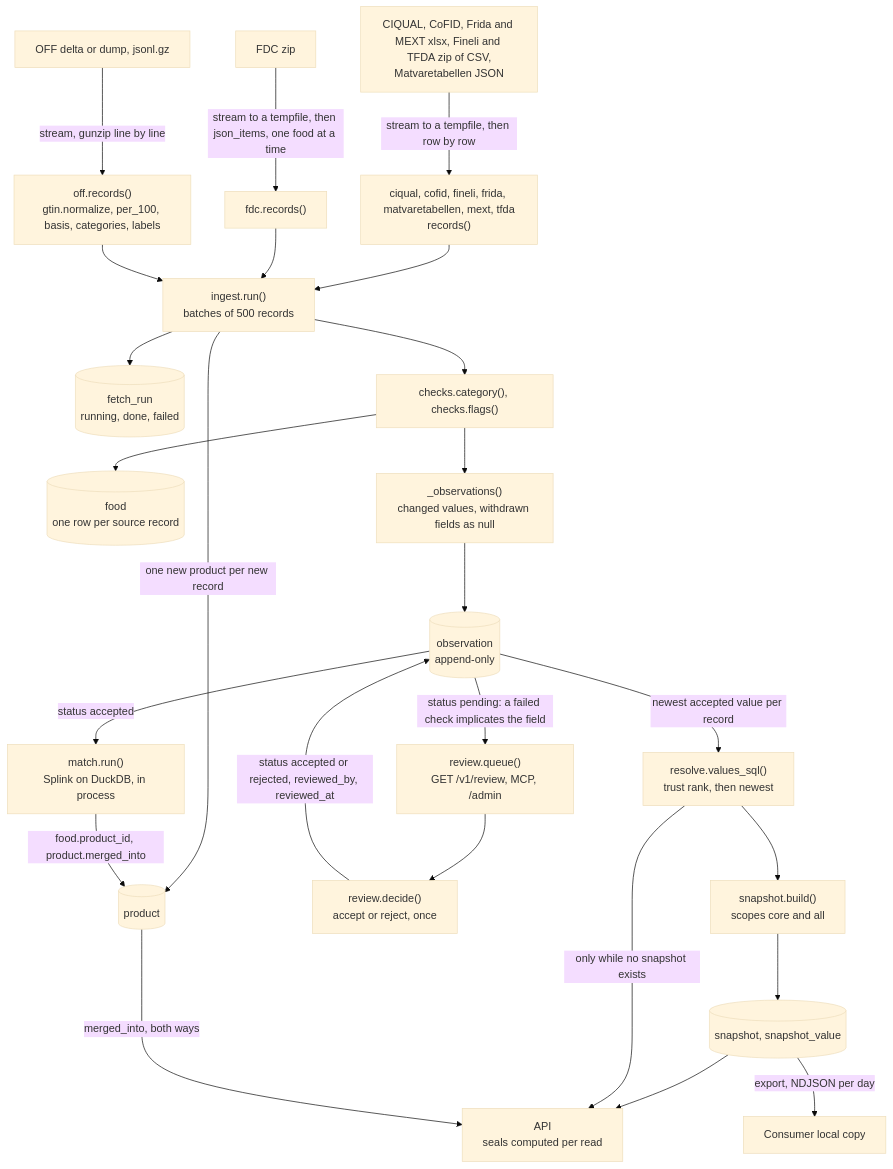
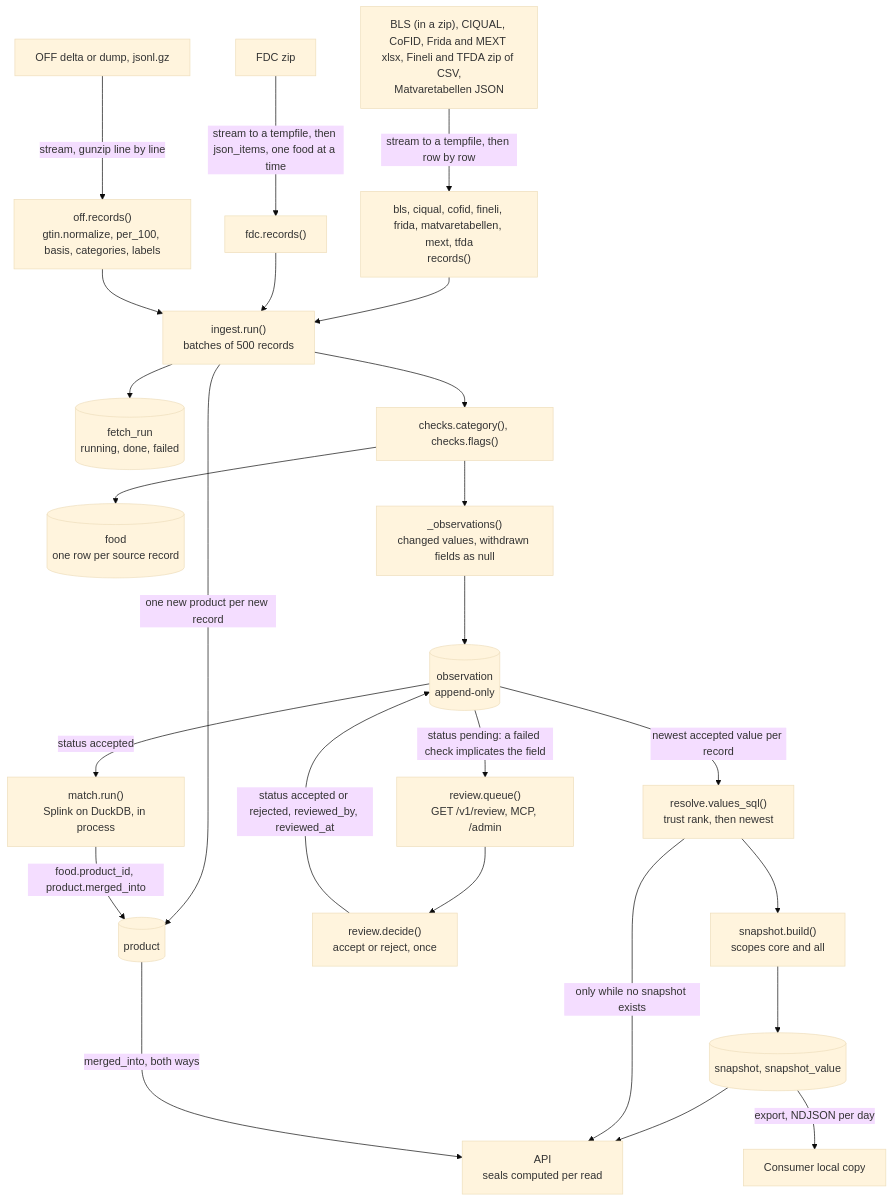
One commit to eait-fit/fooddb changed the third of 19 diagrams in docs/architecture.md. Above: the diagram before and after it, drawn with Mermaid (base theme). The commit also changed other lines of this file and 15 other files, not shown here.

````diff
--- a/docs/architecture.md
+++ b/docs/architecture.md
@@ -158,27 +158,27 @@
 ```mermaid
 flowchart TD
     fdcsrc["FDC zip"] -->|"stream to a tempfile, then json_items, one food at a time"| fdcrec["fdc.records()"]
-    tabsrc["CIQUAL, CoFID, Frida and MEXT xlsx, Fineli and TFDA zip of CSV,<br/>Matvaretabellen JSON"] -->|"stream to a tempfile, then row by row"| tabrec["ciqual, cofid, fineli, frida, matvaretabellen, mext, tfda<br/>records()"]
+    tabsrc["BLS (in a zip), CIQUAL, CoFID, Frida and MEXT xlsx, Fineli and TFDA zip of CSV,<br/>Matvaretabellen JSON"] -->|"stream to a tempfile, then row by row"| tabrec["bls, ciqual, cofid, fineli, frida, matvaretabellen, mext, tfda<br/>records()"]
     tabrec --> run
     offsrc["OFF delta or dump, jsonl.gz"] -->|"stream, gunzip line by line"| offrec["off.records()<br/>gtin.normalize, per_100, basis, categories, labels"]
     fdcrec --> run["ingest.run()<br/>batches of 500 records"]
     offrec --> run
     run --> fr[("fetch_run<br/>running, done, failed")]
     run -->|"one new product per new record"| prod[("product")]
     run --> chk["checks.category(), checks.flags()"]
     chk --> foodt[("food<br/>one row per source record")]
     chk --> diff["_observations()<br/>changed values, withdrawn fields as null"]
     diff --> obs[("observation<br/>append-only")]
     obs -->|"status pending: a failed check implicates the field"| queue["review.queue()<br/>GET /v1/review, MCP, /admin"]
     queue --> decide["review.decide()<br/>accept or reject, once"]
     decide -->|"status accepted or rejected, reviewed_by, reviewed_at"| obs
     obs -->|"status accepted"| match["match.run()<br/>Splink on DuckDB, in process"]
     match -->|"food.product_id, product.merged_into"| prod
     obs -->|"newest accepted value per record"| resolver["resolve.values_sql()<br/>trust rank, then newest"]
     resolver --> snap["snapshot.build()<br/>scopes core and all"]
     snap --> sv[("snapshot, snapshot_value")]
     sv --> api["API<br/>seals computed per read"]
     sv -->|"export, NDJSON per day"| consumer["Consumer local copy"]
     resolver -->|"only while no snapshot exists"| api
     prod -->|"merged_into, both ways"| api
 ```
````
